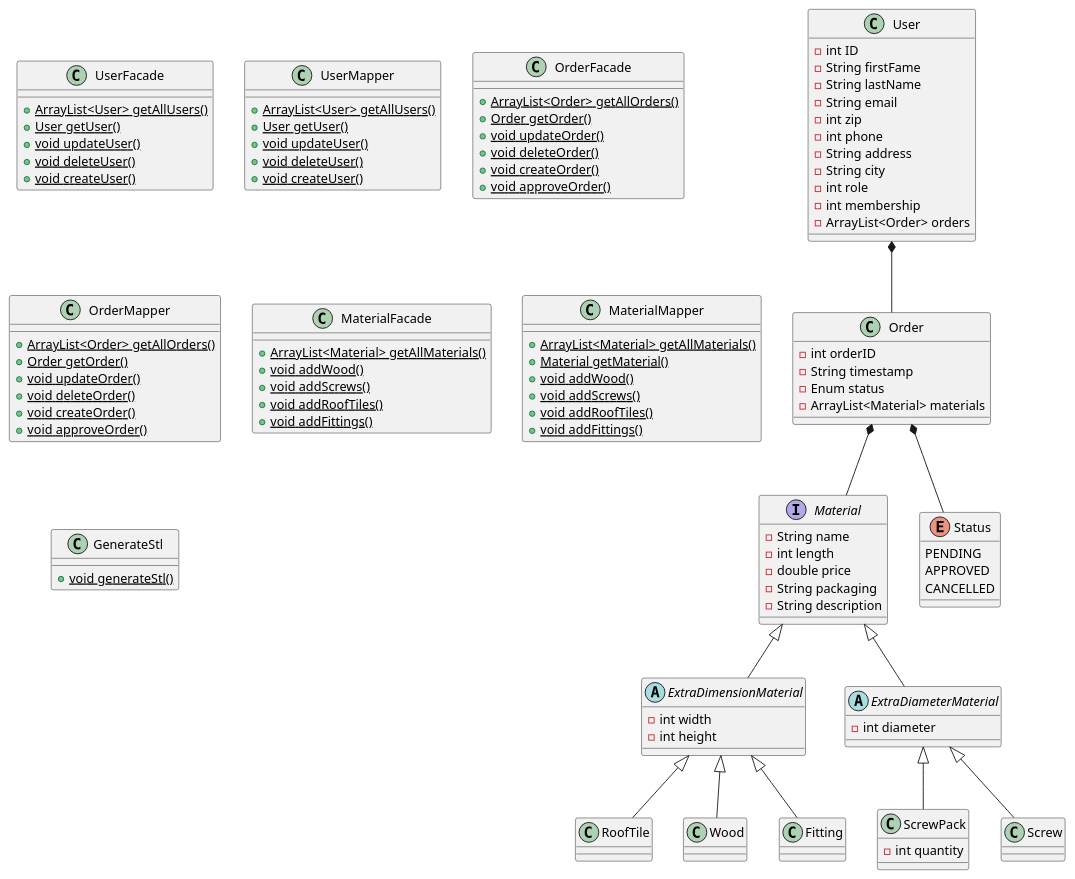
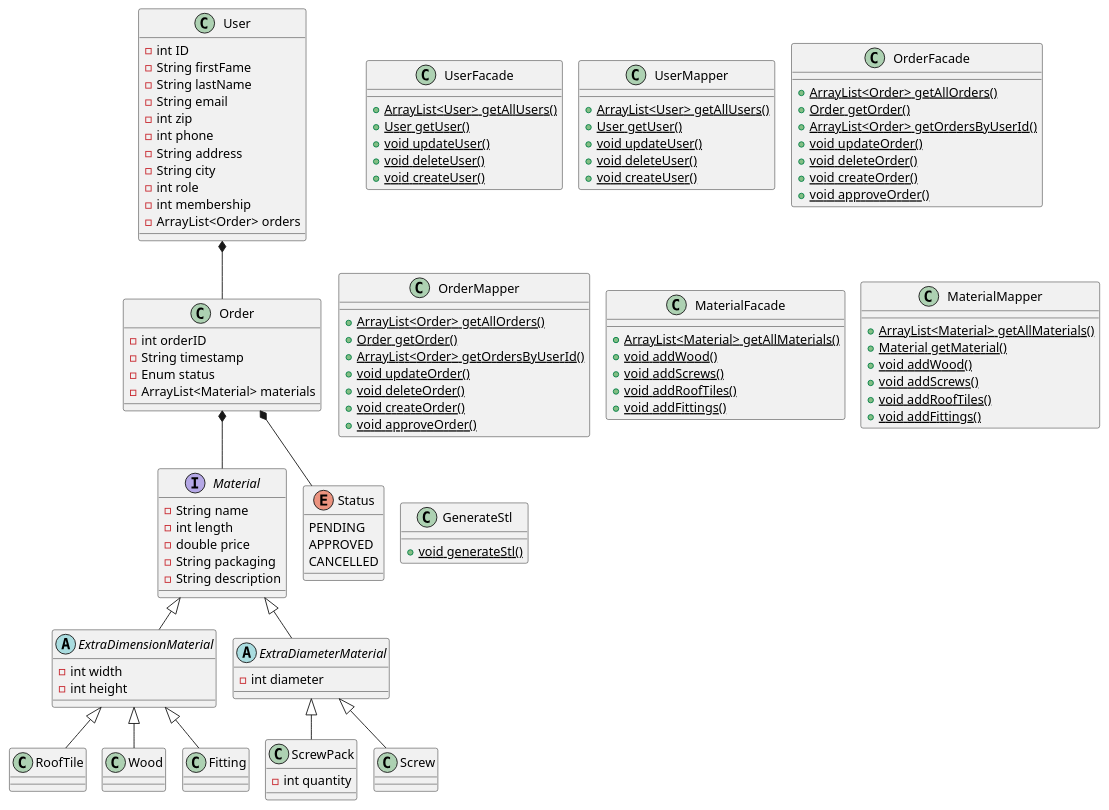
The diagram in documentation/ClassDiagramV3.puml (HeinLarsen/fog-carport), drawn with PlantUML before and after one commit.

Commit message:
added requested changeges

```diff
--- a/documentation/ClassDiagramV3.puml
+++ b/documentation/ClassDiagramV3.puml
@@ -1,131 +1,135 @@
 @startuml
 'https://plantuml.com/class-diagram
+
+!pragma layout smetana
 
 class User {
 - int ID
 - String firstFame
 - String lastName
 - String email
 - int zip
 - int phone
 - String address
 - String city
 - int role
 - int membership
 - ArrayList<Order> orders
 }
 
 class UserFacade {
 + {static} ArrayList<User> getAllUsers()
 + {static} User getUser()
 + {static} void updateUser()
 + {static} void deleteUser()
 + {static} void createUser()
 }
 
 class UserMapper {
 + {static} ArrayList<User> getAllUsers()
 + {static} User getUser()
 + {static} void updateUser()
 + {static} void deleteUser()
 + {static} void createUser()
 }
 
 class Order {
 - int orderID
 - String timestamp
 - Enum status
 - ArrayList<Material> materials
 }
 
 class OrderFacade {
 + {static} ArrayList<Order> getAllOrders()
 + {static} Order getOrder()
++ {static} ArrayList<Order> getOrdersByUserId()
 + {static} void updateOrder()
 + {static} void deleteOrder()
 + {static} void createOrder()
 + {static} void approveOrder()
 }
 
 class OrderMapper {
 + {static} ArrayList<Order> getAllOrders()
 + {static} Order getOrder()
++ {static} ArrayList<Order> getOrdersByUserId()
 + {static} void updateOrder()
 + {static} void deleteOrder()
 + {static} void createOrder()
 + {static} void approveOrder()
 }
 
 class MaterialFacade {
 + {static} ArrayList<Material> getAllMaterials()
 + {static} void addWood()
 + {static} void addScrews()
 + {static} void addRoofTiles()
 + {static} void addFittings()
 }
 
 class MaterialMapper {
 + {static} ArrayList<Material> getAllMaterials()
 + {static} Material getMaterial()
 + {static} void addWood()
 + {static} void addScrews()
 + {static} void addRoofTiles()
 + {static} void addFittings()
 }
 
 class GenerateStl {
 + {static} void generateStl()
 }
 
 interface Material {
 - String name
 - int length
 - double price
 - String packaging
 - String description
 }
 
 abstract class ExtraDimensionMaterial {
 - int width
 - int height
 }
 
 class RoofTile {
 }
 
 class Wood {
 }
 
 class Fitting {
 }
 
 abstract class ExtraDiameterMaterial {
 - int diameter
 }
 
 class ScrewPack {
 - int quantity
 }
 
 class Screw {
 }
 
 Enum Status {
     PENDING
     APPROVED
     CANCELLED
 }
 
 Material <|-- ExtraDimensionMaterial
 ExtraDimensionMaterial <|-- RoofTile
 ExtraDimensionMaterial <|-- Wood
 ExtraDimensionMaterial <|-- Fitting
 Material <|-- ExtraDiameterMaterial
 ExtraDiameterMaterial <|-- ScrewPack
 ExtraDiameterMaterial <|-- Screw
 
 Order *-- Material
 Order *-- Status
 User *-- Order
 
 @enduml
```
